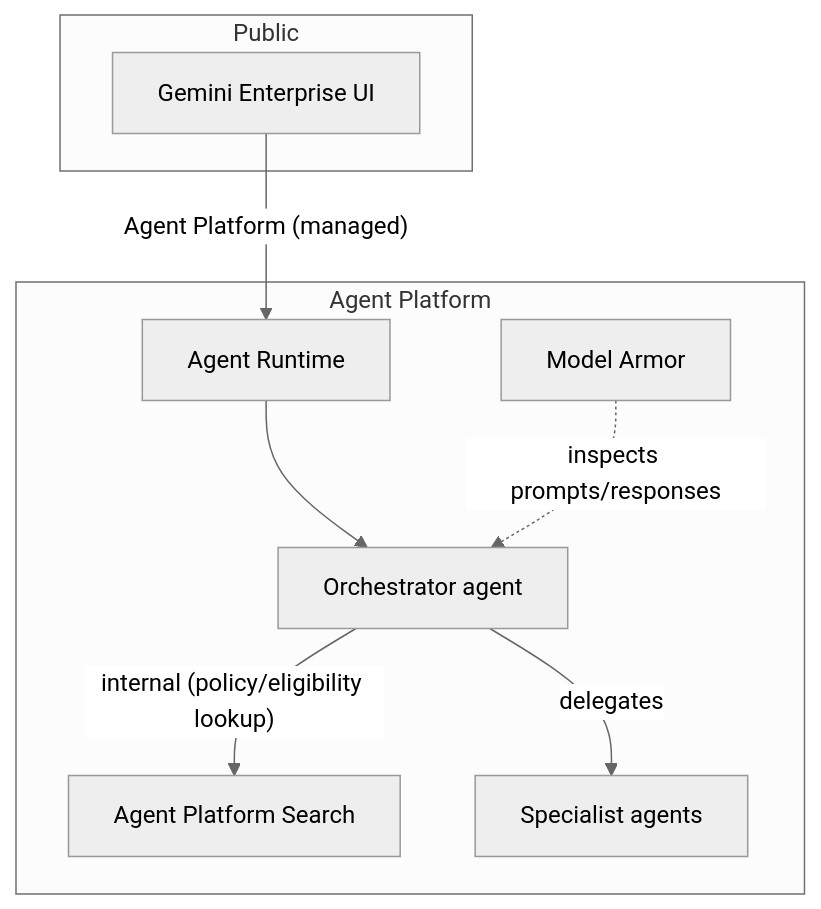
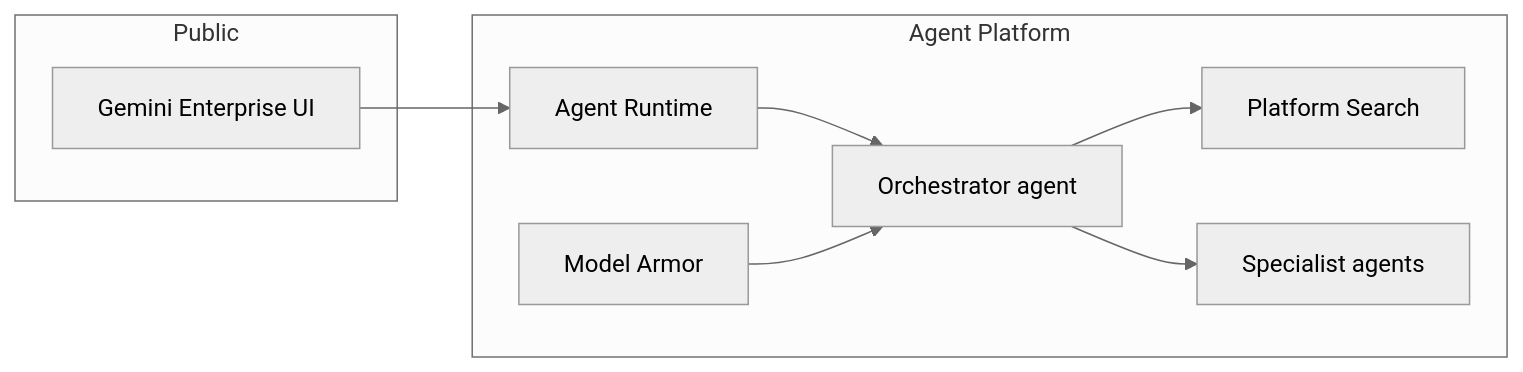
The fourth of 19 diagrams in stableimpact-design.md (eweinmanepam/Documents), drawn with Mermaid (neutral theme) before and after one commit. The commit also changed other lines of this file, not shown here.

````diff
--- a/stableimpact-design.md
+++ b/stableimpact-design.md
@@ -203,20 +191,19 @@
 ```mermaid
-flowchart TB
+flowchart LR
   subgraph Public[Public]
     GE[Gemini Enterprise UI]
   end
 
   subgraph Platform[Agent Platform]
     RUNTIME[Agent Runtime]
     ORCH[Orchestrator agent]
-    SEARCH[Agent Platform Search]
+    SEARCH[Platform Search]
     SPECIALISTS[Specialist agents]
     ARMOR[Model Armor]
   end
 
-  GE -- Agent Platform (managed) --> RUNTIME
-  RUNTIME --> ORCH
-  ARMOR -. inspects prompts/responses .-> ORCH
-  ORCH -- internal (policy/eligibility lookup) --> SEARCH
-  ORCH -- delegates --> SPECIALISTS
+  GE --> RUNTIME --> ORCH
+  ARMOR --> ORCH
+  ORCH --> SEARCH
+  ORCH --> SPECIALISTS
 ```
````
